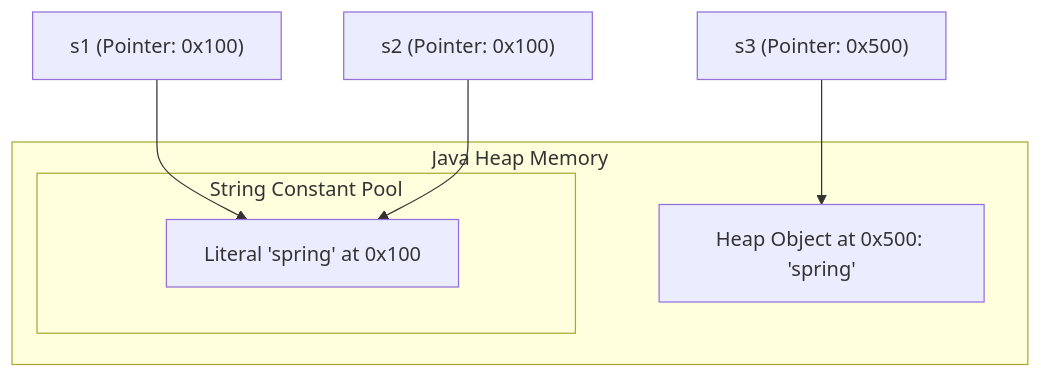
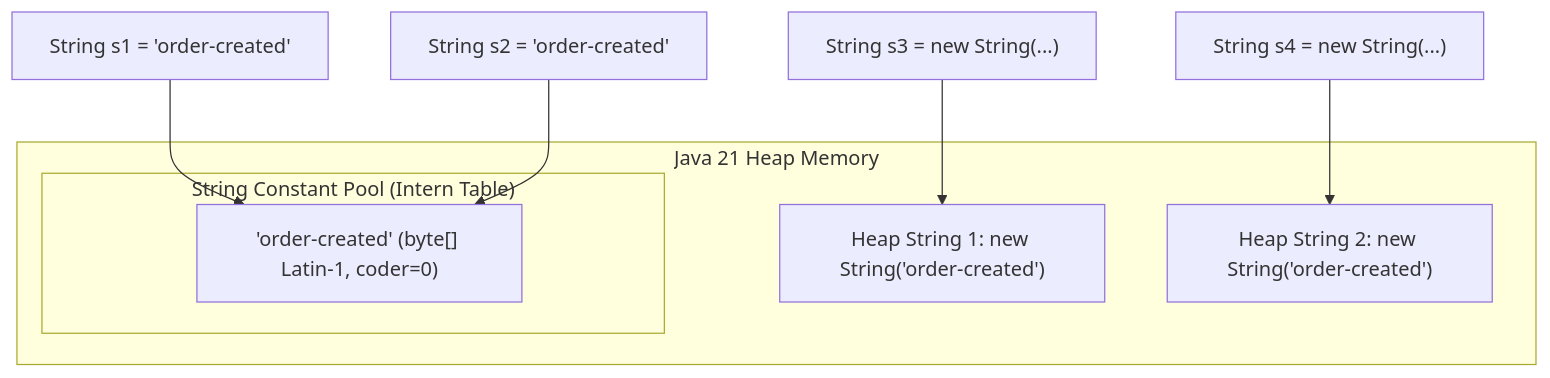
Before and after one commit to weaponxwolf/backend-engineering-mastry: the fourth of 4 diagrams in docs/java/java-core.mdx, drawn with Mermaid. The commit also changed other lines of this file and 15 other files, not shown here.

````diff
--- a/docs/java/java-core.mdx
+++ b/docs/java/java-core.mdx
@@ -152,13 +283,15 @@
 ```mermaid
 flowchart TD
-    subgraph JavaHeapMemory ["Java Heap Memory"]
-        subgraph StringPool ["String Constant Pool"]
-            P["Literal 'spring' at 0x100"]
+    subgraph Heap["Java 21 Heap Memory"]
+        subgraph StringPool["String Constant Pool (Intern Table)"]
+            P["'order-created' (byte[] Latin-1, coder=0)"]
         end
-        H["Heap Object at 0x500: 'spring'"]
+        H1["Heap String 1: new String('order-created')"]
+        H2["Heap String 2: new String('order-created')"]
     end
 
-    Ref1["s1 (Pointer: 0x100)"] --> P
-    Ref2["s2 (Pointer: 0x100)"] --> P
-    Ref3["s3 (Pointer: 0x500)"] --> H
+    L1["String s1 = 'order-created'"] --> P
+    L2["String s2 = 'order-created'"] --> P
+    L3["String s3 = new String(...)"] --> H1
+    L4["String s4 = new String(...)"] --> H2
 ```
````
